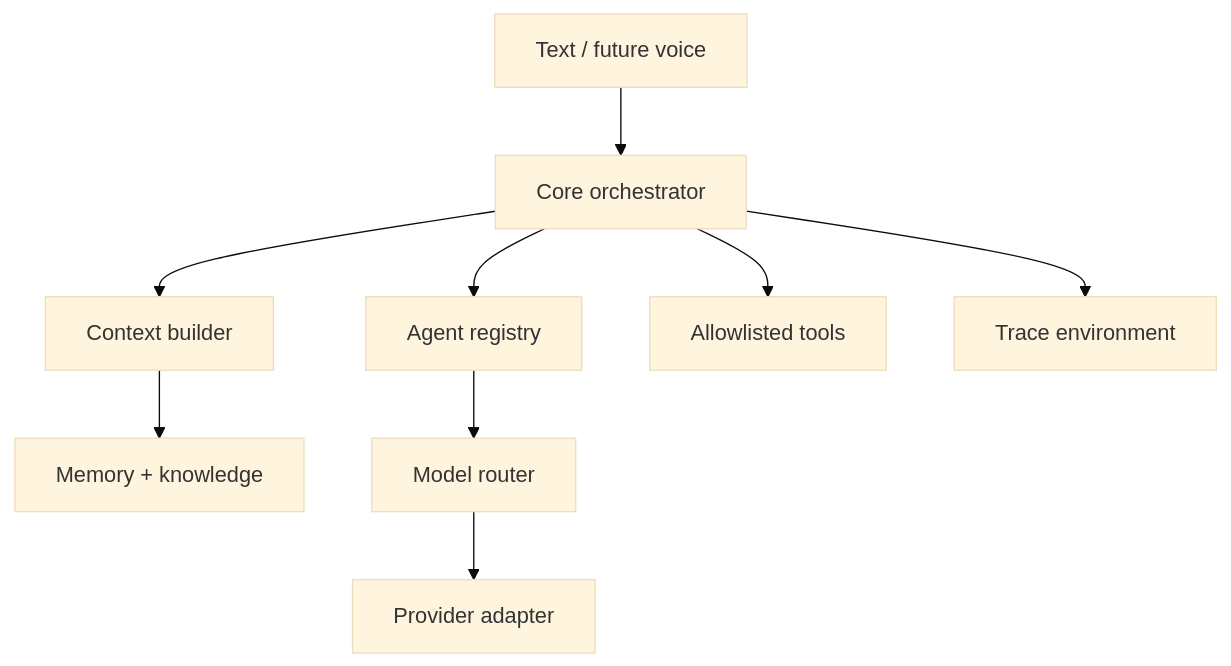
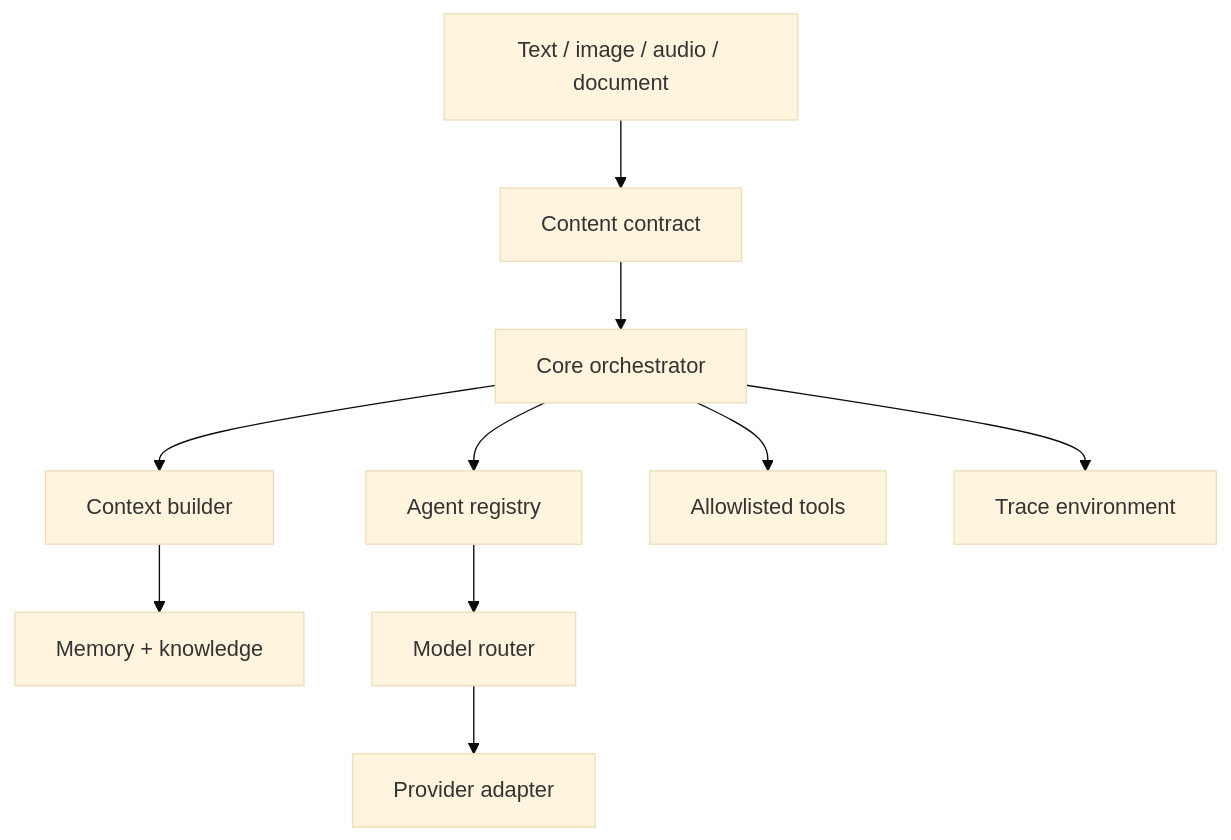
One commit to pexxoraa/SPARKLE changed the diagram in docs/ARCHITECTURE.md. Above: the diagram before and after it, drawn with Mermaid (base theme). The commit also changed other lines of this file and 32 other files, not shown here.

````diff
--- a/docs/ARCHITECTURE.md
+++ b/docs/ARCHITECTURE.md
@@ -3,11 +3,12 @@
 ```mermaid
 flowchart TD
-    UI["Text / future voice"] --> Core["Core orchestrator"]
+    UI["Text / image / audio / document"] --> Content["Content contract"]
+    Content --> Core["Core orchestrator"]
     Core --> Context["Context builder"]
     Context --> Stores["Memory + knowledge"]
     Core --> Agents["Agent registry"]
     Agents --> Router["Model router"]
     Router --> Adapter["Provider adapter"]
     Core --> Tools["Allowlisted tools"]
     Core --> Trace["Trace environment"]
 ```
````
